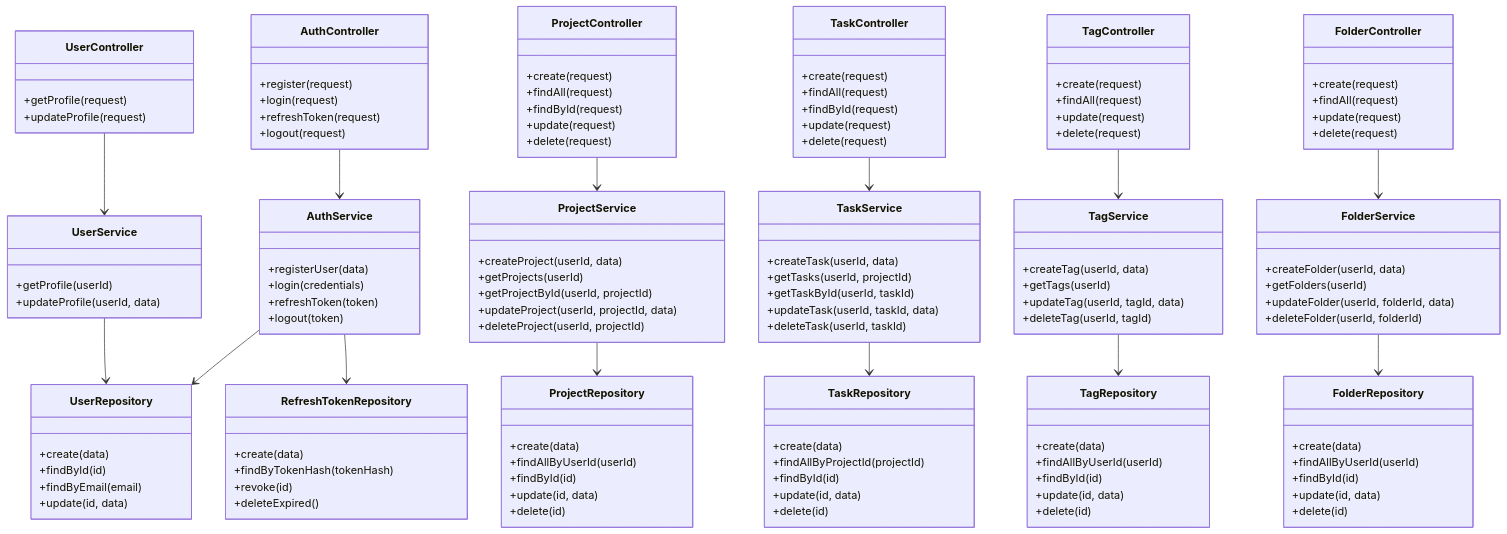
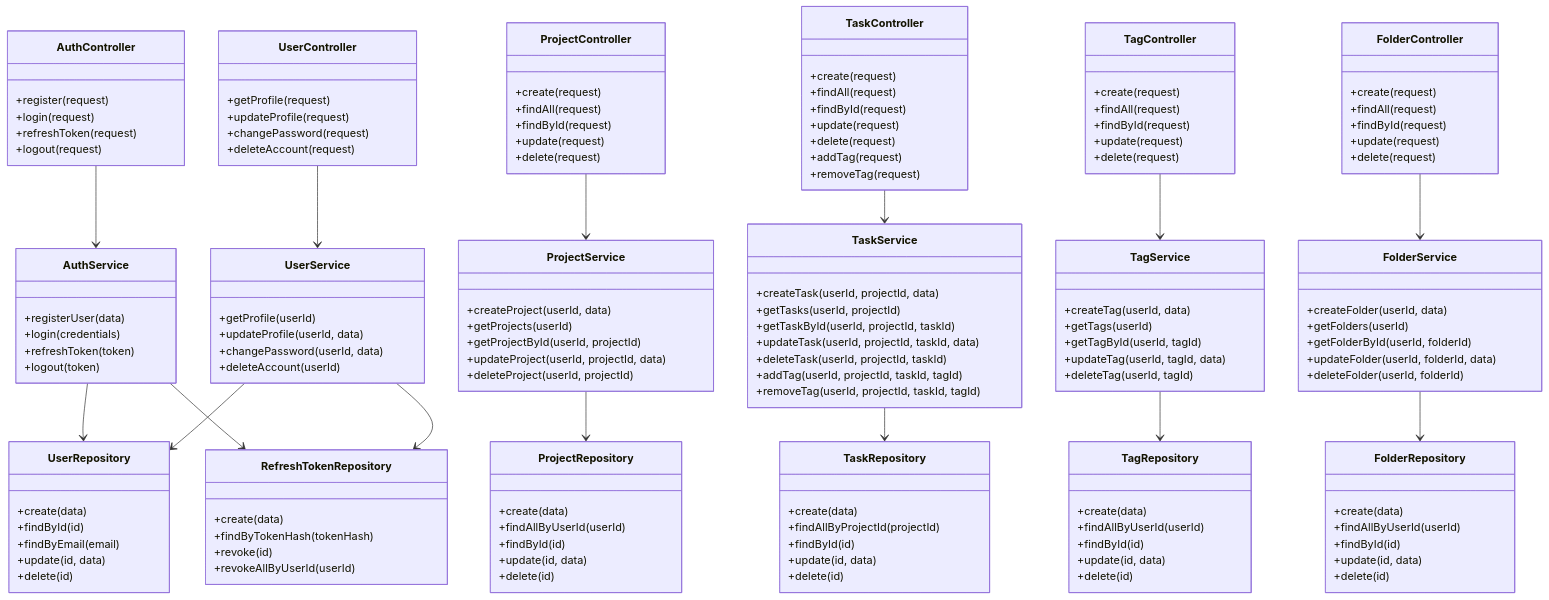
Before and after one commit to davihenriquedev1/prodixus: the diagram in docs/diagrams/uml/application-layer-class-diagram.md, drawn with Mermaid. The commit also changed 65 other files, not shown here.

````diff
--- a/docs/diagrams/uml/application-layer-class-diagram.md
+++ b/docs/diagrams/uml/application-layer-class-diagram.md
@@ -3,6 +3,5 @@
 ```mermaid
 classDiagram
-
     class AuthController {
         +register(request)
         +login(request)
@@ -13,6 +12,8 @@
     class UserController {
         +getProfile(request)
         +updateProfile(request)
+        +changePassword(request)
+        +deleteAccount(request)
     }
 
     class ProjectController {
@@ -29,11 +30,14 @@
         +findById(request)
         +update(request)
         +delete(request)
+        +addTag(request)
+        +removeTag(request)
     }
 
     class TagController {
         +create(request)
         +findAll(request)
+        +findById(request)
         +update(request)
         +delete(request)
     }
@@ -41,10 +45,10 @@
     class FolderController {
         +create(request)
         +findAll(request)
+        +findById(request)
         +update(request)
         +delete(request)
     }
-
 
     class AuthService {
         +registerUser(data)
@@ -56,6 +60,8 @@
     class UserService {
         +getProfile(userId)
         +updateProfile(userId, data)
+        +changePassword(userId, data)
+        +deleteAccount(userId)
     }
 
     class ProjectService {
@@ -67,16 +73,19 @@
     }
 
     class TaskService {
-        +createTask(userId, data)
+        +createTask(userId, projectId, data)
         +getTasks(userId, projectId)
-        +getTaskById(userId, taskId)
-        +updateTask(userId, taskId, data)
-        +deleteTask(userId, taskId)
+        +getTaskById(userId, projectId, taskId)
+        +updateTask(userId, projectId, taskId, data)
+        +deleteTask(userId, projectId, taskId)
+        +addTag(userId, projectId, taskId, tagId)
+        +removeTag(userId, projectId, taskId, tagId)
     }
 
     class TagService {
         +createTag(userId, data)
         +getTags(userId)
+        +getTagById(userId, tagId)
         +updateTag(userId, tagId, data)
         +deleteTag(userId, tagId)
     }
@@ -84,23 +93,24 @@
     class FolderService {
         +createFolder(userId, data)
         +getFolders(userId)
+        +getFolderById(userId, folderId)
         +updateFolder(userId, folderId, data)
         +deleteFolder(userId, folderId)
     }
-
 
     class UserRepository {
         +create(data)
         +findById(id)
         +findByEmail(email)
         +update(id, data)
+        +delete(id)
     }
 
     class RefreshTokenRepository {
         +create(data)
         +findByTokenHash(tokenHash)
         +revoke(id)
-        +deleteExpired()
+        +revokeAllByUserId(userId)
     }
 
     class ProjectRepository {
@@ -135,7 +145,6 @@
         +delete(id)
     }
 
-
     AuthController --> AuthService
     UserController --> UserService
     ProjectController --> ProjectService
@@ -145,9 +154,8 @@
 
     AuthService --> UserRepository
     AuthService --> RefreshTokenRepository
-
     UserService --> UserRepository
-
+    UserService --> RefreshTokenRepository
     ProjectService --> ProjectRepository
     TaskService --> TaskRepository
     TagService --> TagRepository
````
